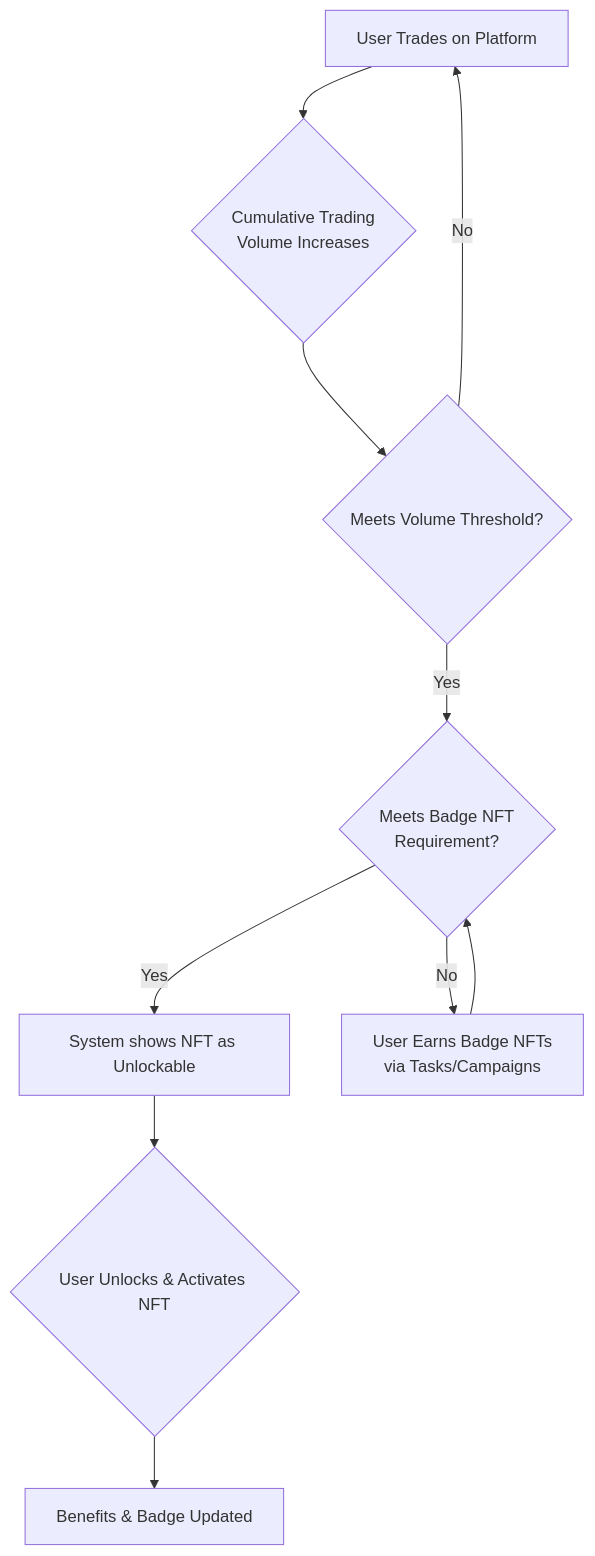
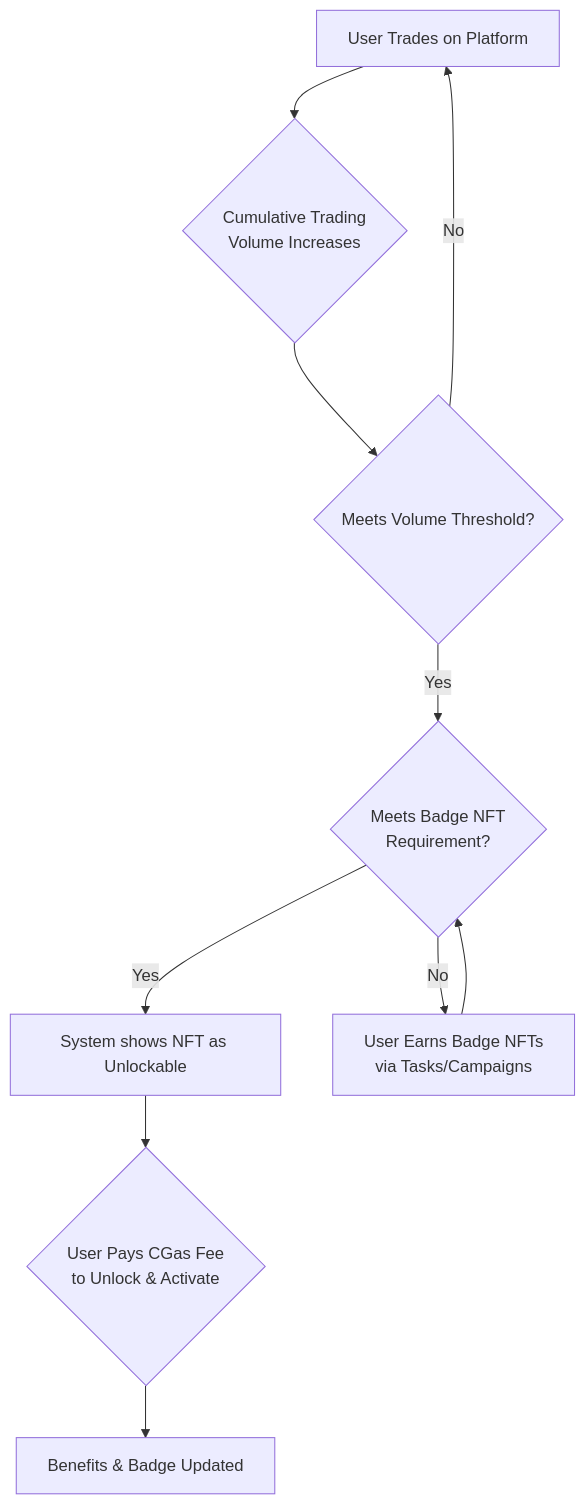
One commit to ljg-cqu/aiw3-nft-solana changed the third of 6 diagrams in docs/manual.md. Above: the diagram before and after it, drawn with Mermaid. The commit also changed other lines of this file, not shown here.

Commit message:
docs: Clarify Equity NFT progression, remove synthesis, add CGas fee

````diff
--- a/docs/manual.md
+++ b/docs/manual.md
@@ -65,12 +64,12 @@
 ```mermaid
 graph TD
     A[User Trades on Platform] --> B{Cumulative Trading<br>Volume Increases};
     B --> C{Meets Volume Threshold?};
     C -- Yes --> D{Meets Badge NFT<br>Requirement?};
     D -- Yes --> E[System shows NFT as Unlockable];
-    E --> F{User Unlocks & Activates NFT};
+    E --> F{User Pays CGas Fee<br>to Unlock & Activate};
     F --> G[Benefits & Badge Updated];
     C -- No --> A;
     D -- No --> H[User Earns Badge NFTs<br>via Tasks/Campaigns];
     H --> D;
 ```
````
